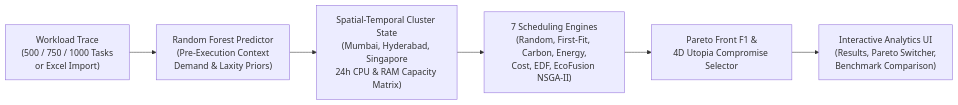
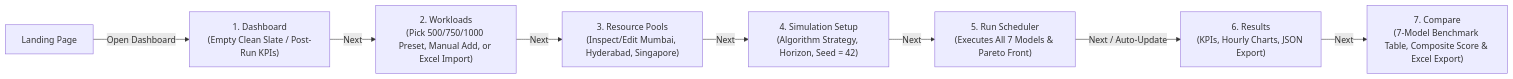
Before and after one commit to Jaideep200513/EcoFusion: the second of 3 diagrams in README.md, drawn with Mermaid. The commit also changed other lines of this file, not shown here.

````diff
--- a/README.md
+++ b/README.md
@@ -43,8 +403,10 @@
 ```mermaid
 flowchart LR
-    A["Workload Trace<br/>(500 / 750 / 1000 Tasks<br/>or Excel Import)"] --> B["Random Forest Predictor<br/>(Pre-Execution Context<br/>Demand & Laxity Priors)"]
-    B --> C["Spatial-Temporal Cluster State<br/>(Mumbai, Hyderabad, Singapore<br/>24h CPU & RAM Capacity Matrix)"]
-    C --> D["7 Scheduling Engines<br/>(Random, First-Fit, Carbon, Energy,<br/>Cost, EDF, EcoFusion NSGA-II)"]
-    D --> E["Pareto Front F1 &<br/>4D Utopia Compromise Selector"]
-    E --> F["Interactive Analytics UI<br/>(Results, Pareto Switcher,<br/>Benchmark Comparison)"]
+    L["Landing Page"] -->|"Open Dashboard"| S1["1. Dashboard<br/>(Empty Clean Slate / Post-Run KPIs)"]
+    S1 -->|"Next"| S2["2. Workloads<br/>(Pick 500/750/1000 Preset, Manual Add, or Excel Import)"]
+    S2 -->|"Next"| S3["3. Resource Pools<br/>(Inspect/Edit Mumbai, Hyderabad, Singapore)"]
+    S3 -->|"Next"| S4["4. Simulation Setup<br/>(Algorithm Strategy, Horizon, Seed = 42)"]
+    S4 -->|"Next"| S5["5. Run Scheduler<br/>(Executes All 7 Models & Pareto Front)"]
+    S5 -->|"Next / Auto-Update"| S6["6. Results<br/>(KPIs, Hourly Charts, JSON Export)"]
+    S6 -->|"Next"| S7["7. Compare<br/>(7-Model Benchmark Table, Composite Score & Excel Export)"]
 ```
````
